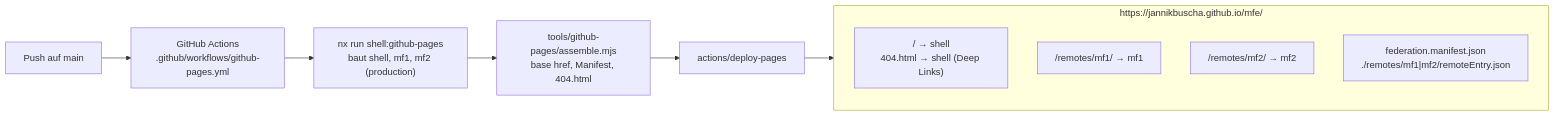
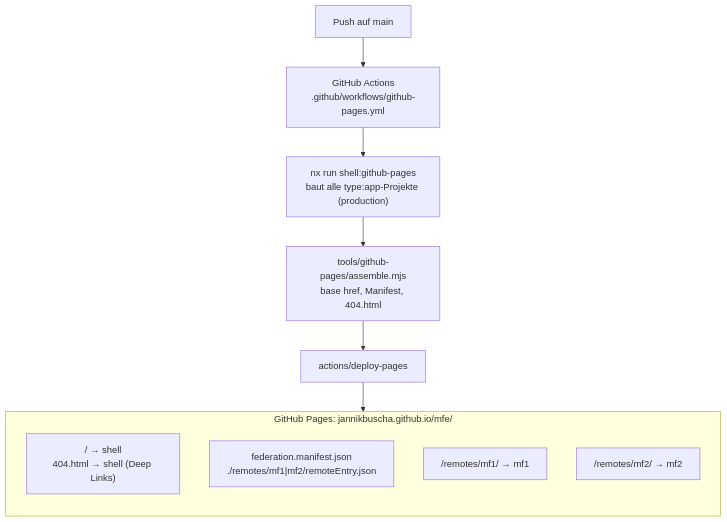
The sixth of 6 diagrams in README.md (jannikbuscha/mfe), drawn with Mermaid before and after one commit. The commit also changed other lines of this file and 4 other files, not shown here.

First line of the commit message:
Refine diagrams and the GitHub Pages pipeline after review

````diff
--- a/README.md
+++ b/README.md
@@ -370,16 +387,16 @@
 ```mermaid
-flowchart LR
+flowchart TB
   push["Push auf main"] --> workflow["GitHub Actions<br/>.github/workflows/github-pages.yml"]
-  workflow --> build["nx run shell:github-pages<br/>baut shell, mf1, mf2 (production)"]
+  workflow --> build["nx run shell:github-pages<br/>baut alle type:app-Projekte (production)"]
   build --> assemble["tools/github-pages/assemble.mjs<br/>base href, Manifest, 404.html"]
   assemble --> deploy["actions/deploy-pages"]
+  deploy --> site
 
-  subgraph site["https://jannikbuscha.github.io/mfe/"]
+  subgraph site["GitHub Pages: jannikbuscha.github.io/mfe/"]
+    direction TB
     root["/ → shell<br/>404.html → shell (Deep Links)"]
+    manifest["federation.manifest.json<br/>./remotes/mf1|mf2/remoteEntry.json"]
     r1["/remotes/mf1/ → mf1"]
     r2["/remotes/mf2/ → mf2"]
-    manifest["federation.manifest.json<br/>./remotes/mf1|mf2/remoteEntry.json"]
   end
-
-  deploy --> site
 ```
````
